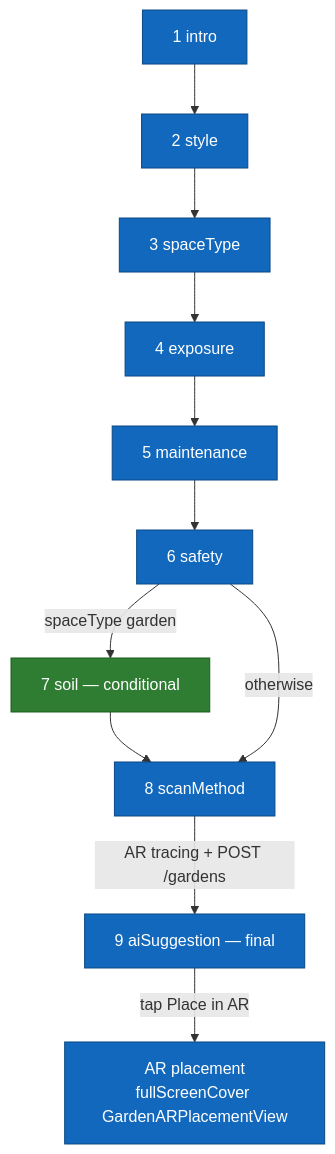
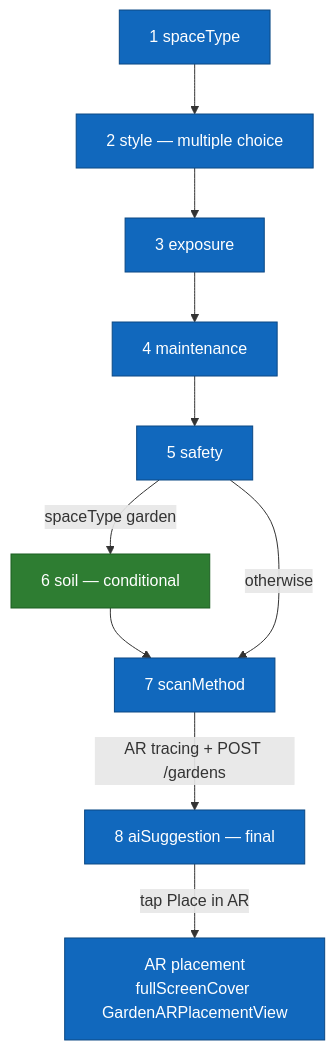
One commit to ArboreTeam/Arbore changed the diagram in docs/en/screens/questionnaire-wizard.md. Above: the diagram before and after it, drawn with Mermaid. The commit also changed other lines of this file and 214 other files, not shown here.

````diff
--- a/docs/en/screens/questionnaire-wizard.md
+++ b/docs/en/screens/questionnaire-wizard.md
@@ -29,25 +29,24 @@
 ```mermaid
 flowchart TB
-    intro[1 intro]
-    style_step[2 style]
-    spaceType[3 spaceType]
-    exposure[4 exposure]
-    maintenance[5 maintenance]
-    safety[6 safety]
-    soil[7 soil — conditional]
-    scan[8 scanMethod]
-    ai[9 aiSuggestion — final]
+    spaceType[1 spaceType]
+    style_step[2 style — multiple choice]
+    exposure[3 exposure]
+    maintenance[4 maintenance]
+    safety[5 safety]
+    soil[6 soil — conditional]
+    scan[7 scanMethod]
+    ai[8 aiSuggestion — final]
     placement[AR placement<br/>fullScreenCover GardenARPlacementView]
 
-    intro --> style_step --> spaceType
-    spaceType --> exposure --> maintenance --> safety
+    spaceType --> style_step
+    style_step --> exposure --> maintenance --> safety
     safety -->|spaceType garden| soil --> scan
     safety -->|otherwise| scan
     scan -->|AR tracing + POST /gardens| ai
     ai -->|tap Place in AR| placement
 
     classDef step fill:#1168BD,stroke:#0B4884,color:#fff
     classDef cond fill:#2E7D32,stroke:#1B5E20,color:#fff
-    class intro,style_step,spaceType,exposure,maintenance,safety,scan,ai,placement step
+    class style_step,spaceType,exposure,maintenance,safety,scan,ai,placement step
     class soil cond
 ```
````
